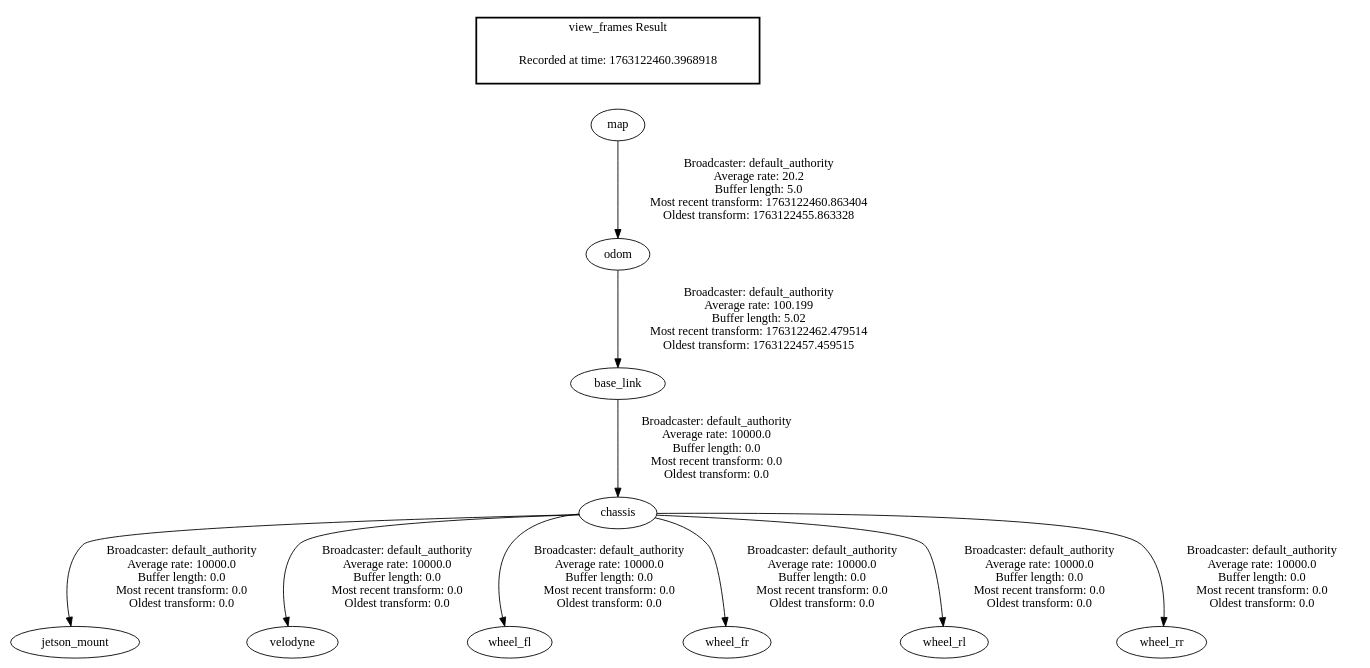
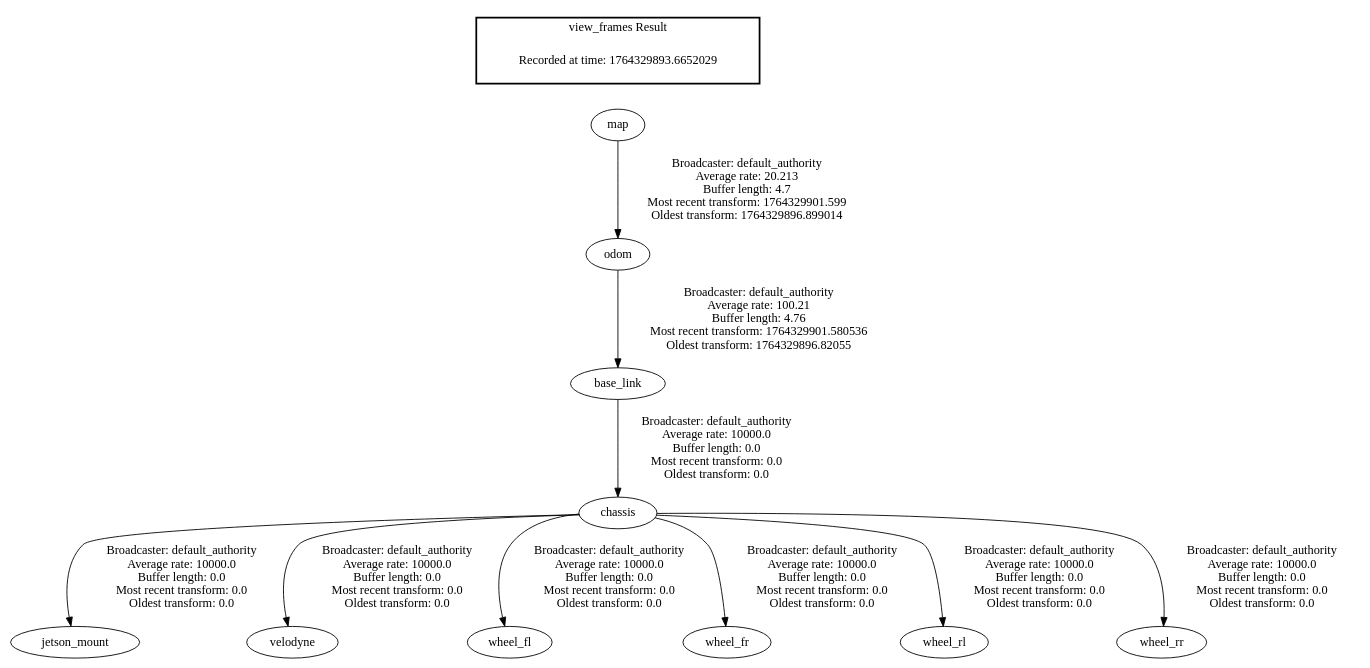
The diagram in frames.gv (lukasderia/ros2_leo_ws), drawn with Graphviz before and after one commit. The commit also changed 3 other files, not shown here.

```diff
--- a/frames.gv
+++ b/frames.gv
@@ -1,15 +1,15 @@
 digraph G {
-"odom" -> "base_link"[label=" Broadcaster: default_authority\nAverage rate: 100.199\nBuffer length: 5.02\nMost recent transform: 1763122462.479514\nOldest transform: 1763122457.459515\n"];
-"map" -> "odom"[label=" Broadcaster: default_authority\nAverage rate: 20.2\nBuffer length: 5.0\nMost recent transform: 1763122460.863404\nOldest transform: 1763122455.863328\n"];
 "base_link" -> "chassis"[label=" Broadcaster: default_authority\nAverage rate: 10000.0\nBuffer length: 0.0\nMost recent transform: 0.0\nOldest transform: 0.0\n"];
+"odom" -> "base_link"[label=" Broadcaster: default_authority\nAverage rate: 100.21\nBuffer length: 4.76\nMost recent transform: 1764329901.580536\nOldest transform: 1764329896.82055\n"];
 "chassis" -> "jetson_mount"[label=" Broadcaster: default_authority\nAverage rate: 10000.0\nBuffer length: 0.0\nMost recent transform: 0.0\nOldest transform: 0.0\n"];
 "chassis" -> "velodyne"[label=" Broadcaster: default_authority\nAverage rate: 10000.0\nBuffer length: 0.0\nMost recent transform: 0.0\nOldest transform: 0.0\n"];
 "chassis" -> "wheel_fl"[label=" Broadcaster: default_authority\nAverage rate: 10000.0\nBuffer length: 0.0\nMost recent transform: 0.0\nOldest transform: 0.0\n"];
 "chassis" -> "wheel_fr"[label=" Broadcaster: default_authority\nAverage rate: 10000.0\nBuffer length: 0.0\nMost recent transform: 0.0\nOldest transform: 0.0\n"];
 "chassis" -> "wheel_rl"[label=" Broadcaster: default_authority\nAverage rate: 10000.0\nBuffer length: 0.0\nMost recent transform: 0.0\nOldest transform: 0.0\n"];
 "chassis" -> "wheel_rr"[label=" Broadcaster: default_authority\nAverage rate: 10000.0\nBuffer length: 0.0\nMost recent transform: 0.0\nOldest transform: 0.0\n"];
+"map" -> "odom"[label=" Broadcaster: default_authority\nAverage rate: 20.213\nBuffer length: 4.7\nMost recent transform: 1764329901.599\nOldest transform: 1764329896.899014\n"];
 edge [style=invis];
  subgraph cluster_legend { style=bold; color=black; label ="view_frames Result";
-"Recorded at time: 1763122460.3968918"[ shape=plaintext ] ;
+"Recorded at time: 1764329893.6652029"[ shape=plaintext ] ;
 }->"map";
 }
```
